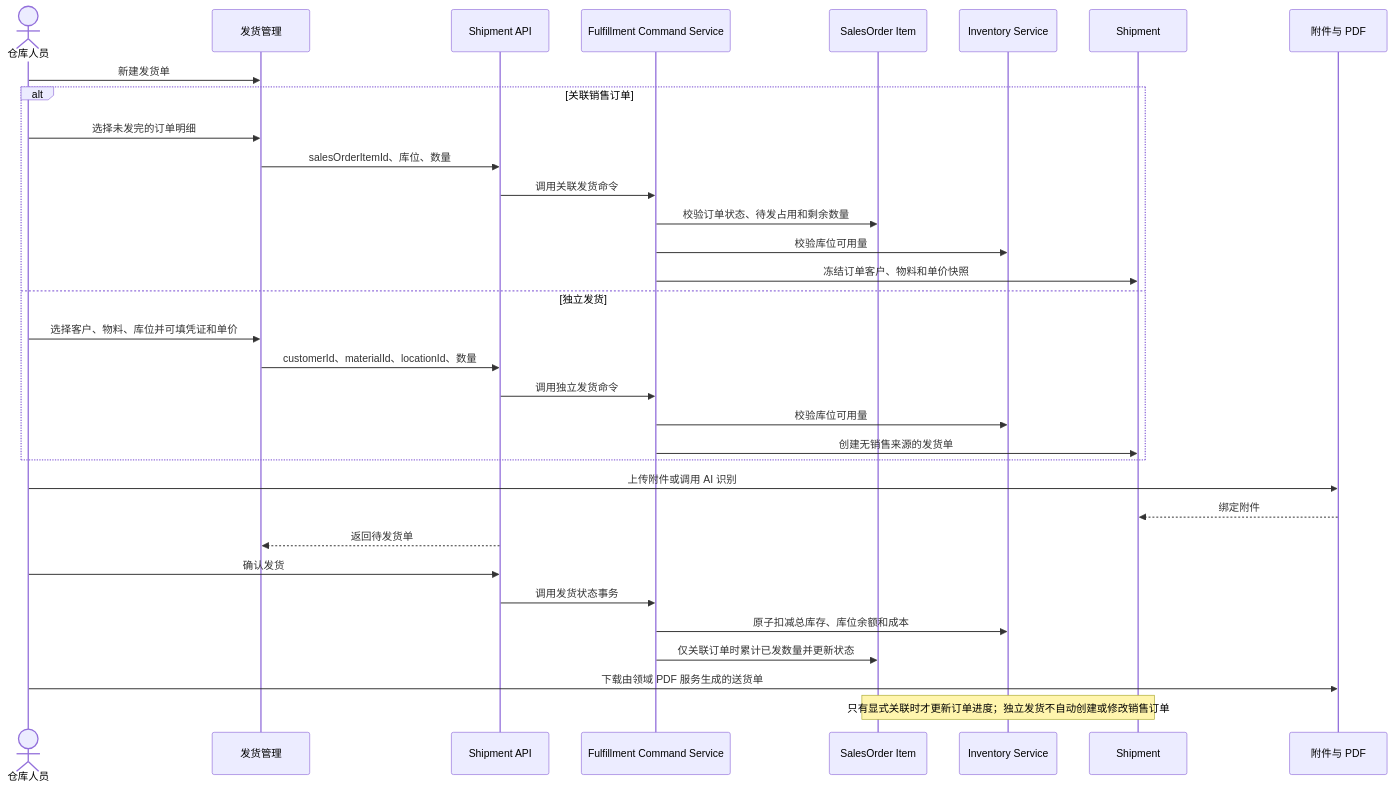
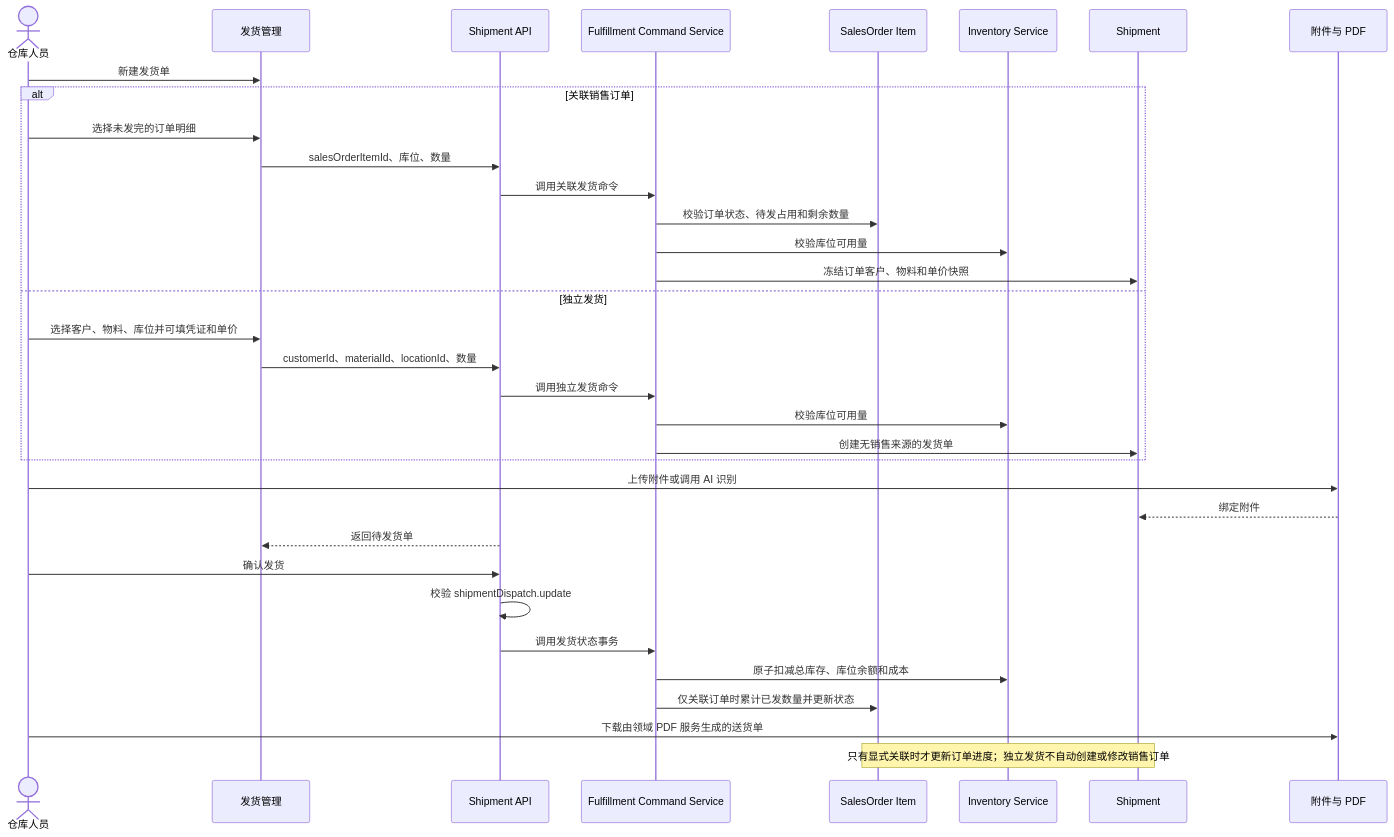
One commit to goldf2/mes-lite changed diagram 11 of 19 in docs/architecture/系统时序图.md. Above: the diagram before and after it, drawn with Mermaid. The commit also changed other lines of this file and 236 other files, not shown here.

````diff
--- a/docs/architecture/系统时序图.md
+++ b/docs/architecture/系统时序图.md
@@ -357,37 +359,38 @@
 ```mermaid
 sequenceDiagram
   actor U as 仓库人员
   participant UI as 发货管理
   participant API as Shipment API
   participant C as Fulfillment Command Service
   participant SO as SalesOrder Item
   participant I as Inventory Service
   participant S as Shipment
   participant F as 附件与 PDF
 
   U->>UI: 新建发货单
   alt 关联销售订单
     U->>UI: 选择未发完的订单明细
     UI->>API: salesOrderItemId、库位、数量
     API->>C: 调用关联发货命令
     C->>SO: 校验订单状态、待发占用和剩余数量
     C->>I: 校验库位可用量
     C->>S: 冻结订单客户、物料和单价快照
   else 独立发货
     U->>UI: 选择客户、物料、库位并可填凭证和单价
     UI->>API: customerId、materialId、locationId、数量
     API->>C: 调用独立发货命令
     C->>I: 校验库位可用量
     C->>S: 创建无销售来源的发货单
   end
   U->>F: 上传附件或调用 AI 识别
   F-->>S: 绑定附件
   API-->>UI: 返回待发货单
   U->>API: 确认发货
+  API->>API: 校验 shipmentDispatch.update
   API->>C: 调用发货状态事务
   C->>I: 原子扣减总库存、库位余额和成本
   C->>SO: 仅关联订单时累计已发数量并更新状态
   U->>F: 下载由领域 PDF 服务生成的送货单
 
   Note over S,SO: 只有显式关联时才更新订单进度；独立发货不自动创建或修改销售订单
 ```
````
